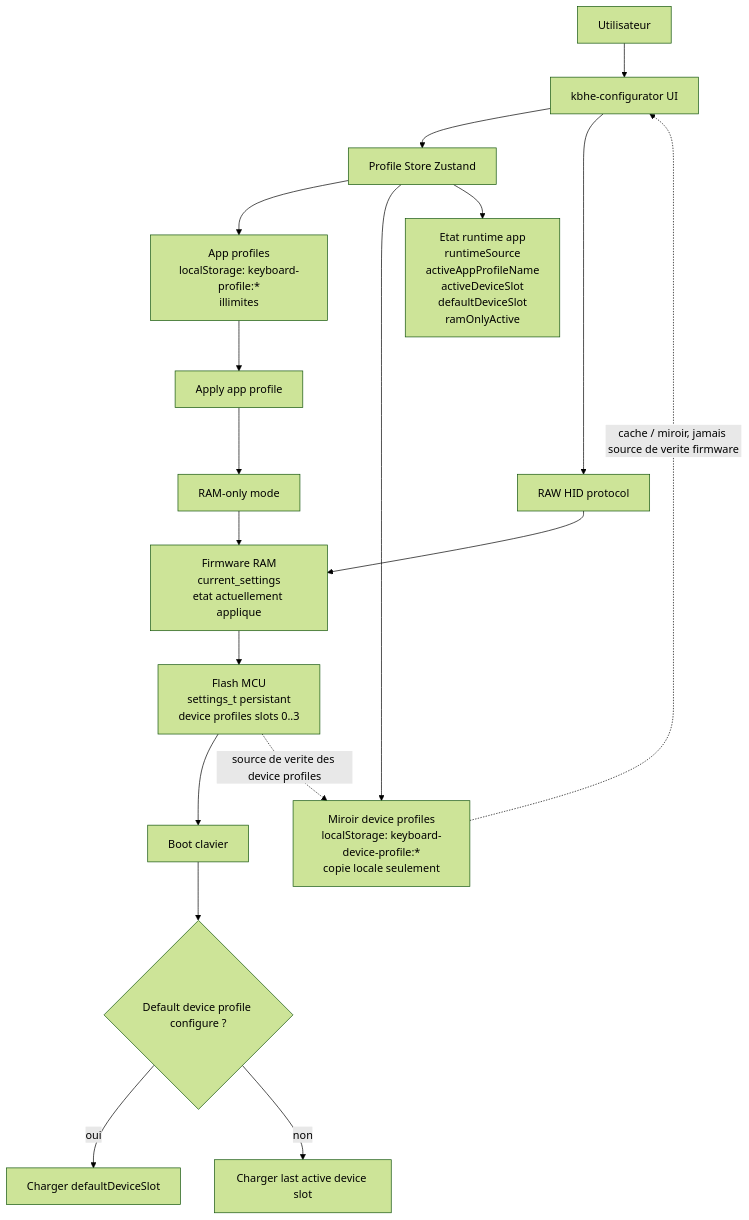
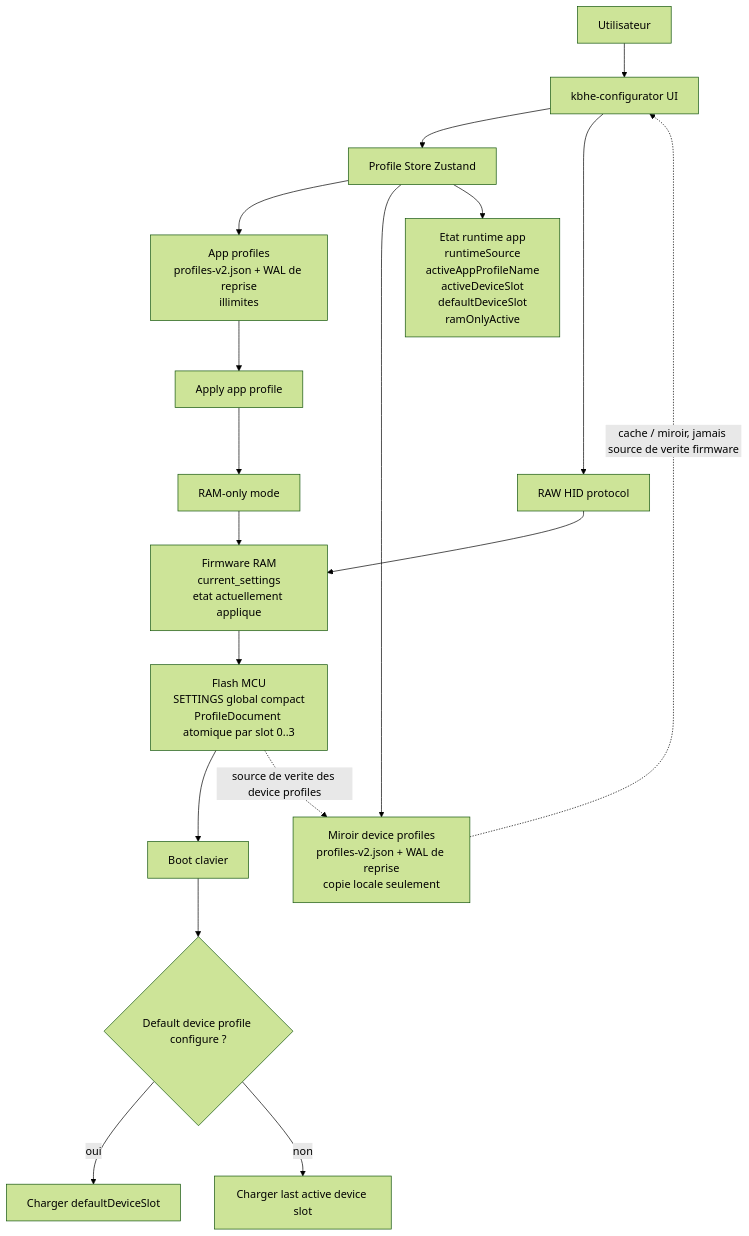
One commit to Fefe-Nayz/kbhe-monorepo changed the first of 8 diagrams in docs/firmware/profiles.md. Above: the diagram before and after it, drawn with Mermaid (forest theme). The commit also changed other lines of this file and 189 other files, not shown here.

Commit message:
feat: overhaul firmware profiles macros RGB and updater

````diff
--- a/docs/firmware/profiles.md
+++ b/docs/firmware/profiles.md
@@ -3,27 +3,27 @@
 ```mermaid
 flowchart TD
   User["Utilisateur"] --> UI["kbhe-configurator UI"]
 
   UI --> ProfileStore["Profile Store Zustand"]
 
-  ProfileStore --> AppProfiles["App profiles<br/>localStorage: keyboard-profile:*<br/>illimites"]
-  ProfileStore --> DeviceMirror["Miroir device profiles<br/>localStorage: keyboard-device-profile:*<br/>copie locale seulement"]
+  ProfileStore --> AppProfiles["App profiles<br/>profiles-v2.json + WAL de reprise<br/>illimites"]
+  ProfileStore --> DeviceMirror["Miroir device profiles<br/>profiles-v2.json + WAL de reprise<br/>copie locale seulement"]
   ProfileStore --> RuntimeState["Etat runtime app<br/>runtimeSource<br/>activeAppProfileName<br/>activeDeviceSlot<br/>defaultDeviceSlot<br/>ramOnlyActive"]
 
   UI --> Protocol["RAW HID protocol"]
 
   Protocol --> FirmwareRAM["Firmware RAM<br/>current_settings<br/>etat actuellement applique"]
-  FirmwareRAM --> Flash["Flash MCU<br/>settings_t persistant<br/>device profiles slots 0..3"]
+  FirmwareRAM --> Flash["Flash MCU<br/>SETTINGS global compact<br/>ProfileDocument atomique par slot 0..3"]
 
   Flash --> Boot["Boot clavier"]
   Boot --> DefaultProfile{"Default device profile configure ?"}
   DefaultProfile -->|oui| LoadDefault["Charger defaultDeviceSlot"]
   DefaultProfile -->|non| LoadLast["Charger last active device slot"]
 
   AppProfiles --> TemporaryApply["Apply app profile"]
   TemporaryApply --> RamOnly["RAM-only mode"]
   RamOnly --> FirmwareRAM
 
   DeviceMirror -. "cache / miroir, jamais source de verite firmware" .-> UI
   Flash -. "source de verite des device profiles" .-> DeviceMirror
 ```
````
